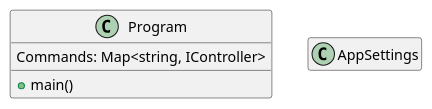
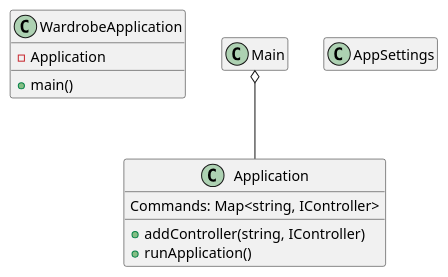
Before and after one commit to Kohort13/PG3302-Eksamen: the diagram in UML diagrams/MainProgramModel.puml, drawn with PlantUML. The commit also changed 2 other files, not shown here.

Commit message:
Added Application and WardrobeApplication class

```diff
--- a/UML diagrams/MainProgramModel.puml
+++ b/UML diagrams/MainProgramModel.puml
@@ -1,22 +1,25 @@
 @startuml MainProgramModel
     '!include DatabaseObjectModel.puml!0
 
-    hide empty members
-    page 2x2
-    skinparam pageMargin 10
-    skinparam pageExternalColor gray
-    skinparam pageBorderColor black
-    
+    hide empty members    
 
-    class Program{
+    class WardrobeApplication{
+        - Application
+        + main()
+    }
+
+    class Application{
         Commands: Map<string, IController>
-        + main()
+        + addController(string, IController)
+        + runApplication()
     }
 
     class AppSettings{
         /' showColorNames()
         darkMode()
         lightMode() '/
-    }  
+    }
+
+    Main o-- Application  
 
 @enduml
```
